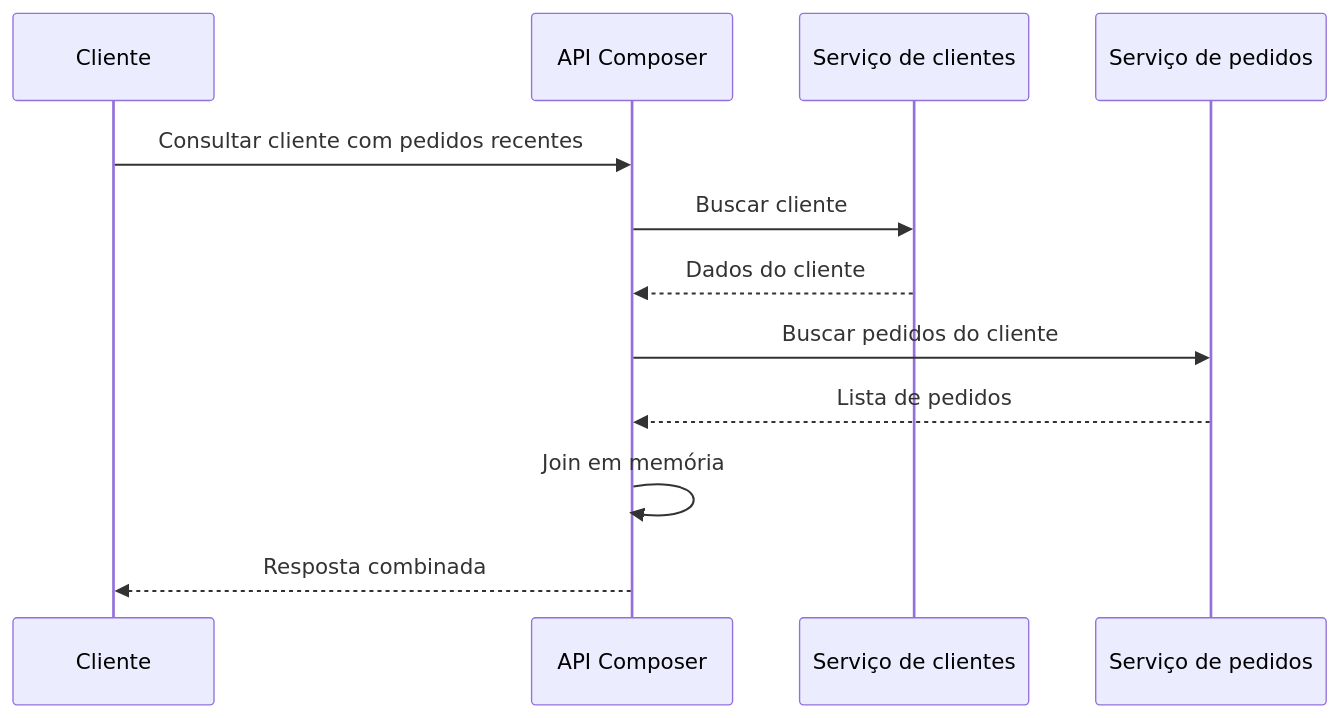
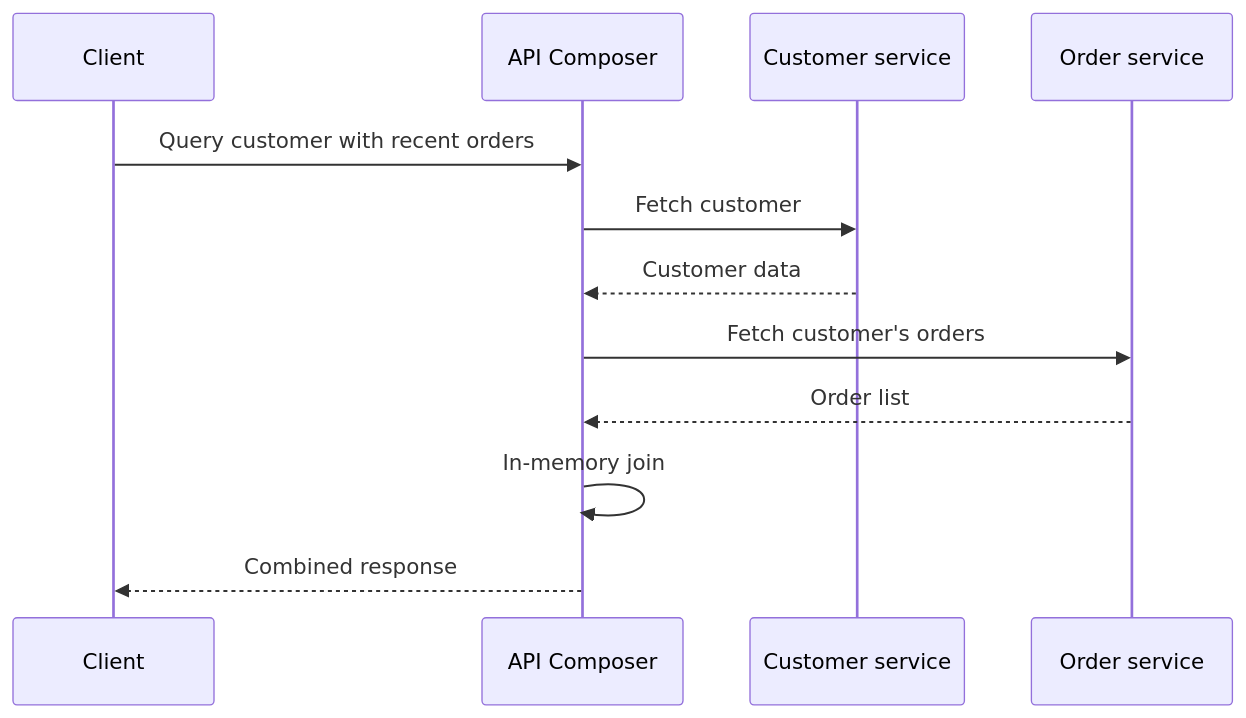
The diagram in docs/architecture/microservices/service-collaboration/api-composition.md (alancesar/design-patterns), drawn with Mermaid before and after one commit. The commit also changed 258 other files, not shown here.

First line of the commit message:
Translate Mermaid diagrams to English

````diff
--- a/docs/architecture/microservices/service-collaboration/api-composition.md
+++ b/docs/architecture/microservices/service-collaboration/api-composition.md
@@ -54,14 +54,14 @@
 ```mermaid
 sequenceDiagram
-    participant C as Cliente
+    participant C as Client
     participant A as API Composer
-    participant CS as Serviço de clientes
-    participant OS as Serviço de pedidos
-    C->>A: Consultar cliente com pedidos recentes
-    A->>CS: Buscar cliente
-    CS-->>A: Dados do cliente
-    A->>OS: Buscar pedidos do cliente
-    OS-->>A: Lista de pedidos
-    A->>A: Join em memória
-    A-->>C: Resposta combinada
+    participant CS as Customer service
+    participant OS as Order service
+    C->>A: Query customer with recent orders
+    A->>CS: Fetch customer
+    CS-->>A: Customer data
+    A->>OS: Fetch customer's orders
+    OS-->>A: Order list
+    A->>A: In-memory join
+    A-->>C: Combined response
 ```
````
